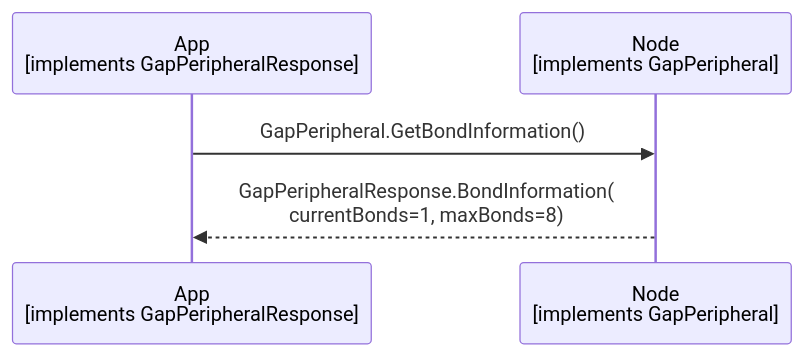
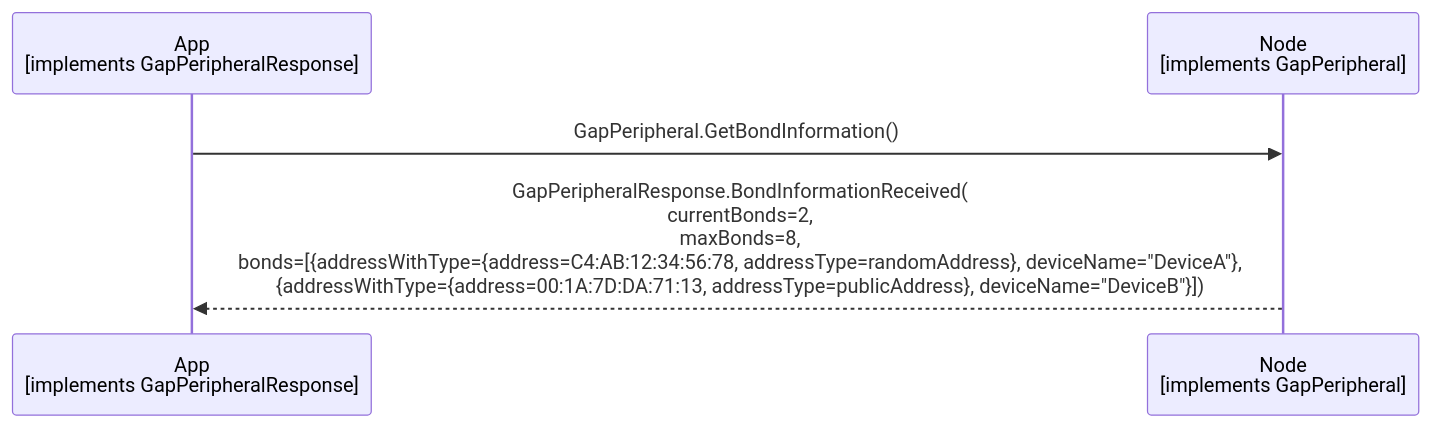
Before and after one commit to philips-software/amp-embedded-infra-lib: the diagram in documents/modules/ROOT/partials/echoservices/gap_peripheral/GapPeripheral_GetBondInformation_sequence.mmd, drawn with Mermaid. The commit also changed 13 other files, not shown here.

First line of the commit message:
feat: add RemoveBondWithAddress and GetBondList for BLE peripehral (#1348)

```diff
--- a/documents/modules/ROOT/partials/echoservices/gap_peripheral/GapPeripheral_GetBondInformation_sequence.mmd
+++ b/documents/modules/ROOT/partials/echoservices/gap_peripheral/GapPeripheral_GetBondInformation_sequence.mmd
@@ -1,5 +1,5 @@
 sequenceDiagram
     participant App as App<br>[implements GapPeripheralResponse]
     participant Node as Node<br>[implements GapPeripheral]
     App->>Node: GapPeripheral.GetBondInformation()
-    Node-->>App: GapPeripheralResponse.BondInformation(<br>currentBonds=1, maxBonds=8)
+    Node-->>App: GapPeripheralResponse.BondInformationReceived(<br>currentBonds=2,<br>maxBonds=8,<br>bonds=[{addressWithType={address=C4:AB:12:34:56:78, addressType=randomAddress}, deviceName="DeviceA"},<br>{addressWithType={address=00:1A:7D:DA:71:13, addressType=publicAddress}, deviceName="DeviceB"}])
```
